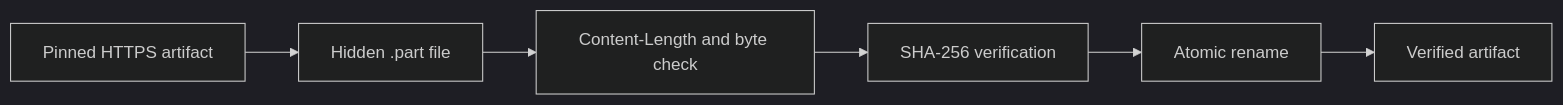
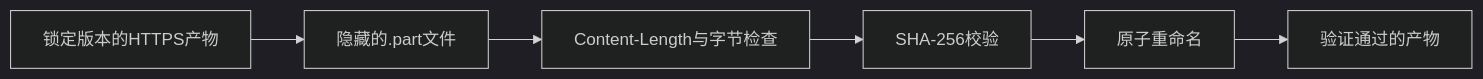
One commit to zhouxzh/Ascend310 changed the diagram in samples/case9/docs/02-model-artifacts.md. Above: the diagram before and after it, drawn with Mermaid (dark theme). The commit also changed other lines of this file and 86 other files, not shown here.

````diff
--- a/samples/case9/docs/02-model-artifacts.md
+++ b/samples/case9/docs/02-model-artifacts.md
@@ -30,11 +30,11 @@
 ```mermaid
 flowchart LR
-    accTitle: Verified model download sequence
-    accDescr: Each artifact downloads into a temporary part file. The service verifies the server length and local SHA-256 before atomically replacing the target file.
+    accTitle: 经验证的模型下载序列
+    accDescr: 每个产物下载到临时分片文件。服务在原子替换目标文件之前校验服务器长度和本地SHA-256。
 
-    remote["Pinned HTTPS artifact"] --> part["Hidden .part file"]
-    part --> bytes["Content-Length and byte check"]
-    bytes --> hash["SHA-256 verification"]
-    hash --> rename["Atomic rename"]
-    rename --> ready["Verified artifact"]
+    remote["锁定版本的HTTPS产物"] --> part["隐藏的.part文件"]
+    part --> bytes["Content-Length与字节检查"]
+    bytes --> hash["SHA-256校验"]
+    hash --> rename["原子重命名"]
+    rename --> ready["验证通过的产物"]
 ```
````
